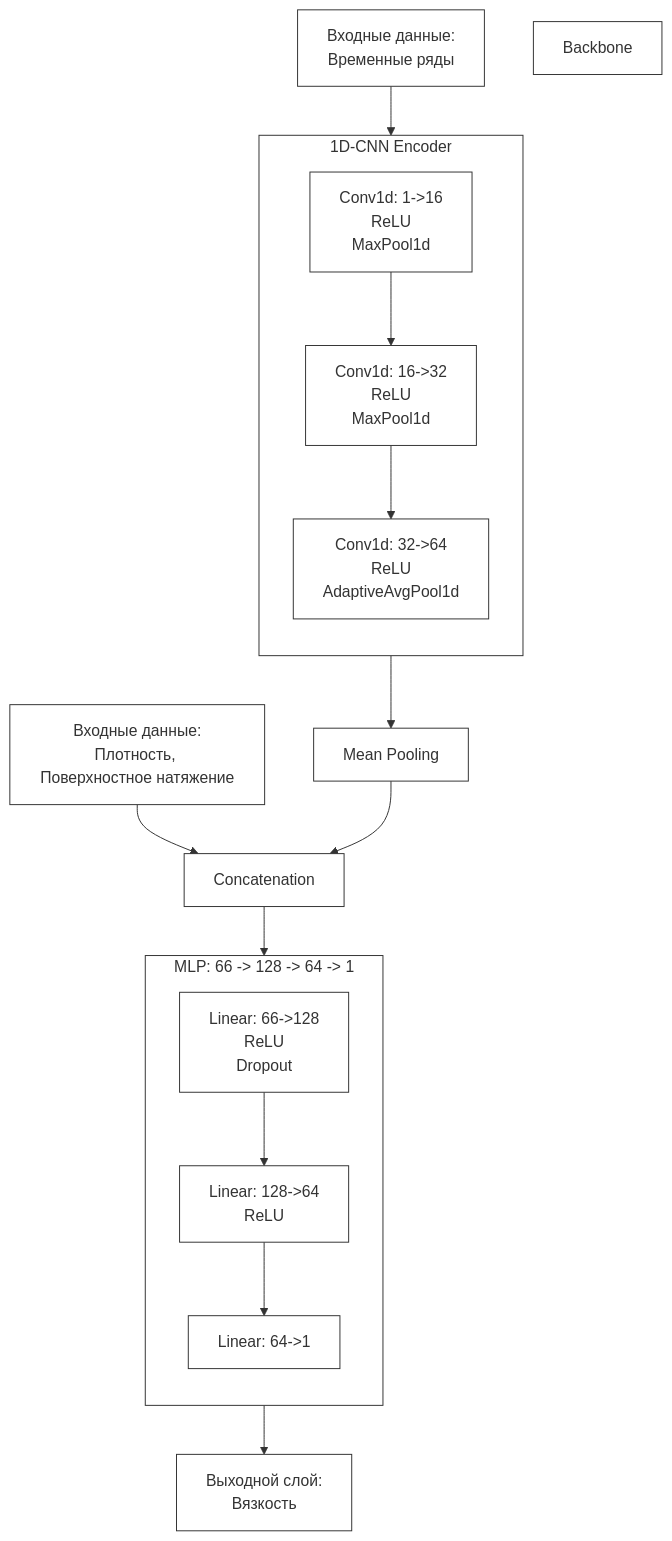
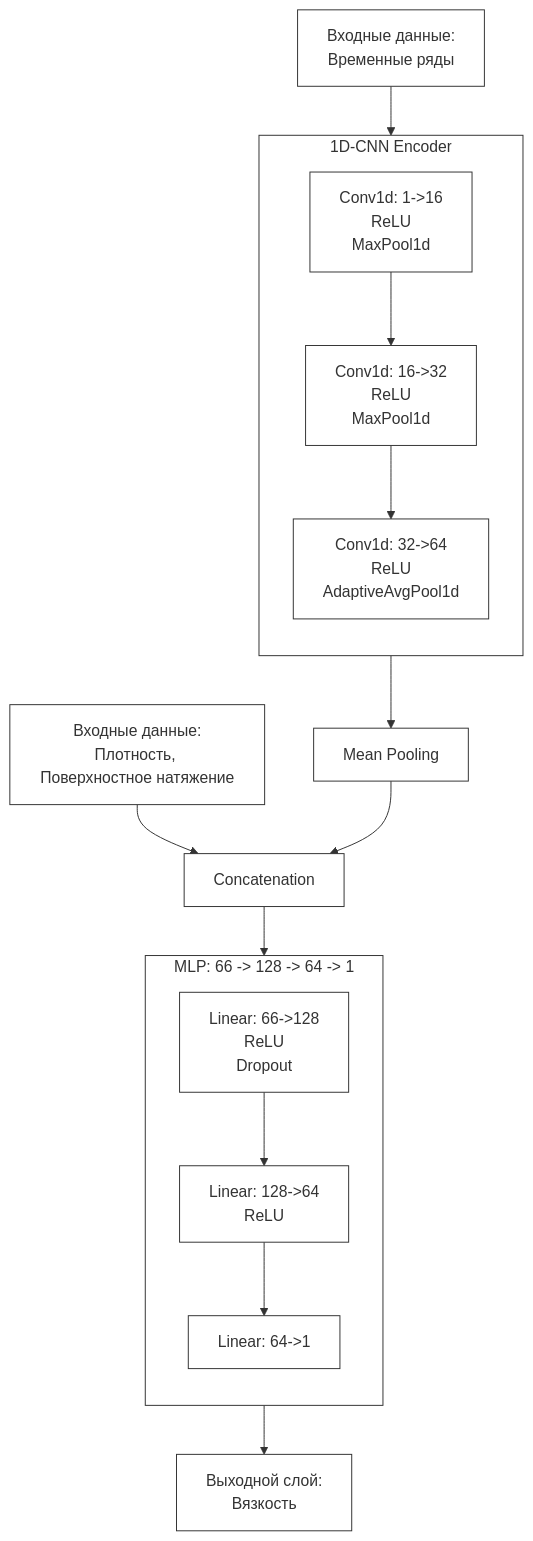
One commit to Stepaijio/goodagent changed the diagram in ML_Variant2_Analysis.md. Above: the diagram before and after it, drawn with Mermaid.

Commit message:
Remove extraneous Backbone block from Mermaid diagram in ML_Variant2_Analysis.md

````diff
--- a/ML_Variant2_Analysis.md
+++ b/ML_Variant2_Analysis.md
@@ -9,44 +9,43 @@
 ```mermaid
 graph TD
     %% Входные данные
     Input[Входные данные:<br/>Временные ряды] --> CNN
     Global[Входные данные:<br/>Плотность, Поверхностное натяжение] --> Concat
 
     subgraph CNN [1D-CNN Encoder]
         direction TB
         C1[Conv1d: 1->16<br/>ReLU<br/>MaxPool1d]
         C2[Conv1d: 16->32<br/>ReLU<br/>MaxPool1d]
         C3[Conv1d: 32->64<br/>ReLU<br/>AdaptiveAvgPool1d]
         C1 --> C2 --> C3
     end
 
     C3 --> Pool[Mean Pooling]
     Pool --> Concat[Concatenation]
     
     subgraph MLP [MLP: 66 -> 128 -> 64 -> 1]
         direction TB
         L1[Linear: 66->128<br/>ReLU<br/>Dropout]
         L2[Linear: 128->64<br/>ReLU]
         L3[Linear: 64->1]
         L1 --> L2 --> L3
     end
     
     Concat --> L1
     L3 --> Output[Выходной слой:<br/>Вязкость]
 
     %% Стилизация всех блоков в белый цвет
-    style Backbone fill:#fff,stroke:#333
     style CNN fill:#fff,stroke:#333
     style MLP fill:#fff,stroke:#333
     style Input fill:#fff,stroke:#333
     style Global fill:#fff,stroke:#333
     style Output fill:#fff,stroke:#333
     style C1 fill:#fff,stroke:#333
     style C2 fill:#fff,stroke:#333
     style C3 fill:#fff,stroke:#333
     style Pool fill:#fff,stroke:#333
     style Concat fill:#fff,stroke:#333
     style L1 fill:#fff,stroke:#333
     style L2 fill:#fff,stroke:#333
     style L3 fill:#fff,stroke:#333
 ```
````
